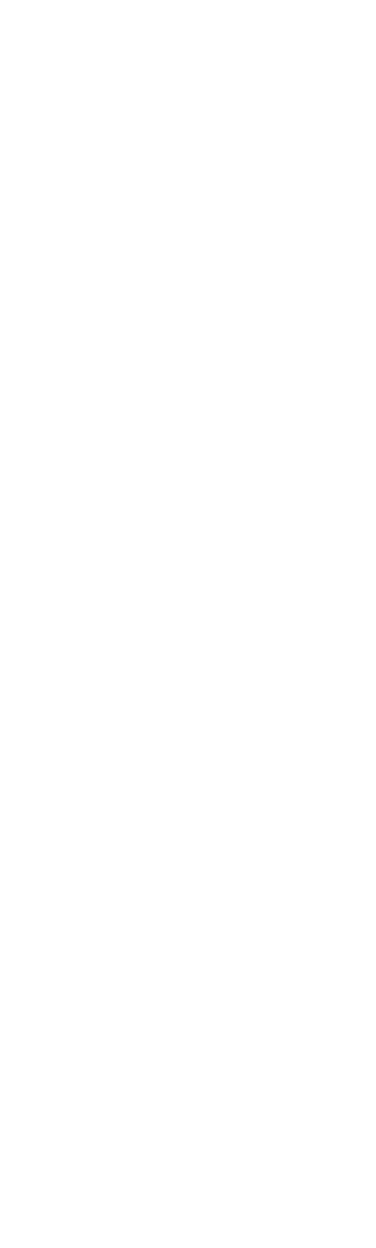
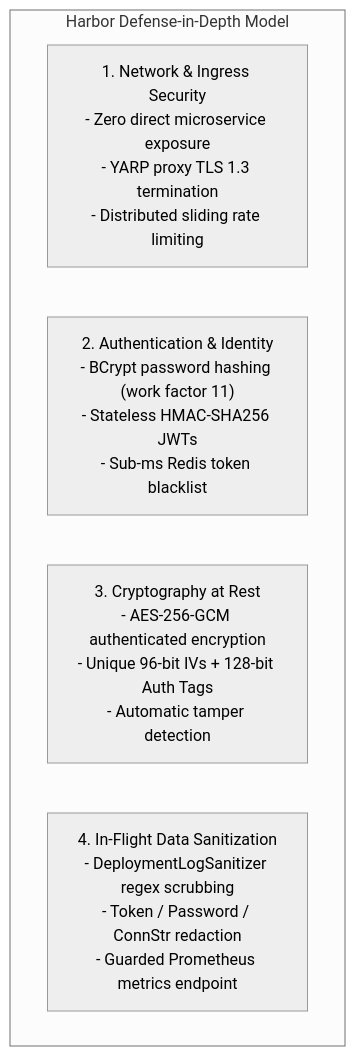
One commit to shanelperera-exe/harbor changed the seventh of 11 diagrams in docs/FINAL_EVALUATION.md. Above: the diagram before and after it, drawn with Mermaid. The commit also changed other lines of this file, not shown here.

Commit message:
style(diagrams): use neutral black-and-white theme across all 11 Mermaid diagrams for light/dark mode compatibility

````diff
--- a/docs/FINAL_EVALUATION.md
+++ b/docs/FINAL_EVALUATION.md
@@ -631,28 +555,15 @@
 ```mermaid
 %%{init: {
-  'theme': 'base',
+  'theme': 'neutral',
   'themeVariables': {
-    'fontFamily': 'Courier New, monospace',
-    'darkMode': true,
-    'background': '#18181b',
-    'mainBkg': 'transparent',
-    'nodeBorder': '#ffffff',
-    'nodeTextColor': '#ffffff',
-    'lineColor': '#ffffff',
-    'edgeLabelBackground': '#18181b',
-    'clusterBkg': 'transparent',
-    'clusterBorder': '#ffffff',
-    'titleColor': '#ffffff',
-    'textColor': '#ffffff'
+    'fontFamily': 'Courier New, monospace'
   }
 }}%%
 flowchart TD
-    classDef box fill:transparent,stroke:#ffffff,stroke-width:1.5px,color:#ffffff,font-family:Courier New, monospace;
-
     subgraph SecurityPillars["Harbor Defense-in-Depth Model"]
-        P1["1. Network & Ingress Security\n- Zero direct microservice exposure\n- YARP proxy TLS 1.3 termination\n- Distributed sliding rate limiting"]:::box
-        P2["2. Authentication & Identity\n- BCrypt password hashing (work factor 11)\n- Stateless HMAC-SHA256 JWTs\n- Sub-ms Redis token blacklist"]:::box
-        P3["3. Cryptography at Rest\n- AES-256-GCM authenticated encryption\n- Unique 96-bit IVs + 128-bit Auth Tags\n- Automatic tamper detection"]:::box
-        P4["4. In-Flight Data Sanitization\n- DeploymentLogSanitizer regex scrubbing\n- Token / Password / ConnStr redaction\n- Guarded Prometheus metrics endpoint"]:::box
+        P1["1. Network & Ingress Security\n- Zero direct microservice exposure\n- YARP proxy TLS 1.3 termination\n- Distributed sliding rate limiting"]
+        P2["2. Authentication & Identity\n- BCrypt password hashing (work factor 11)\n- Stateless HMAC-SHA256 JWTs\n- Sub-ms Redis token blacklist"]
+        P3["3. Cryptography at Rest\n- AES-256-GCM authenticated encryption\n- Unique 96-bit IVs + 128-bit Auth Tags\n- Automatic tamper detection"]
+        P4["4. In-Flight Data Sanitization\n- DeploymentLogSanitizer regex scrubbing\n- Token / Password / ConnStr redaction\n- Guarded Prometheus metrics endpoint"]
     end
 ```
````
